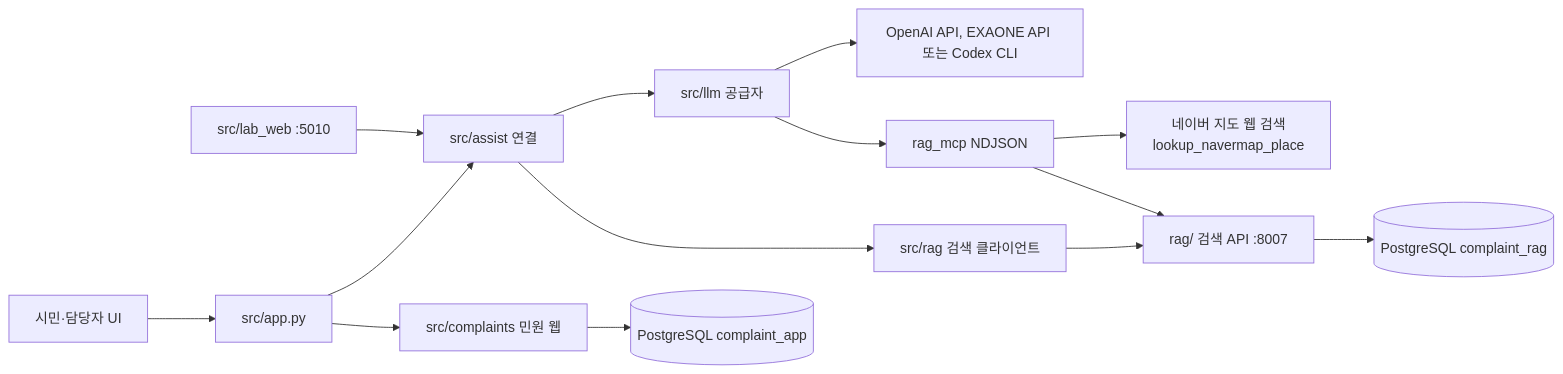
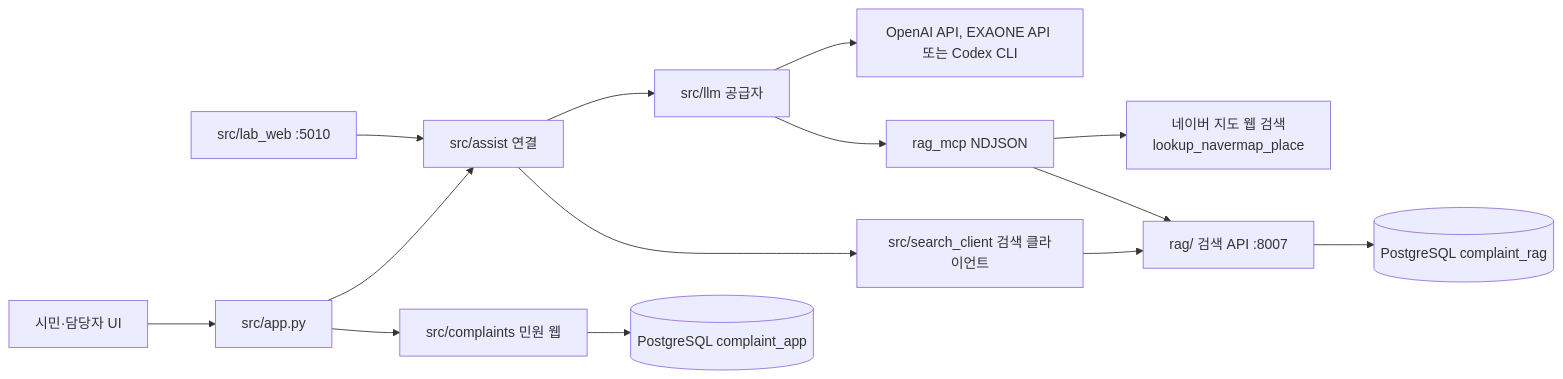
Before and after one commit to hy040504/ai-complaint-process: the diagram in src/README.md, drawn with Mermaid. The commit also changed other lines of this file and 40 other files, not shown here.

Commit message:
src/rag를 src/search_client로 이름 변경해 루트 rag/ 검색 엔진과의 혼동 해소

````diff
--- a/src/README.md
+++ b/src/README.md
@@ -48,16 +48,16 @@
 ```mermaid
 flowchart LR
     LAB[src/lab_web :5010] --> A[src/assist 연결]
     UI[시민·담당자 UI] --> APP[src/app.py]
     APP --> W[src/complaints 민원 웹]
     APP --> A
-    A --> R[src/rag 검색 클라이언트]
+    A --> R[src/search_client 검색 클라이언트]
     A --> L[src/llm 공급자]
     L --> MCP[rag_mcp NDJSON]
     W --> APPDB[(PostgreSQL complaint_app)]
     R --> S[rag/ 검색 API :8007]
     MCP --> S
     MCP --> N[네이버 지도 웹 검색<br/>lookup_navermap_place]
     S --> PG[(PostgreSQL complaint_rag)]
     L --> M[OpenAI API, EXAONE API 또는 Codex CLI]
 ```
````
